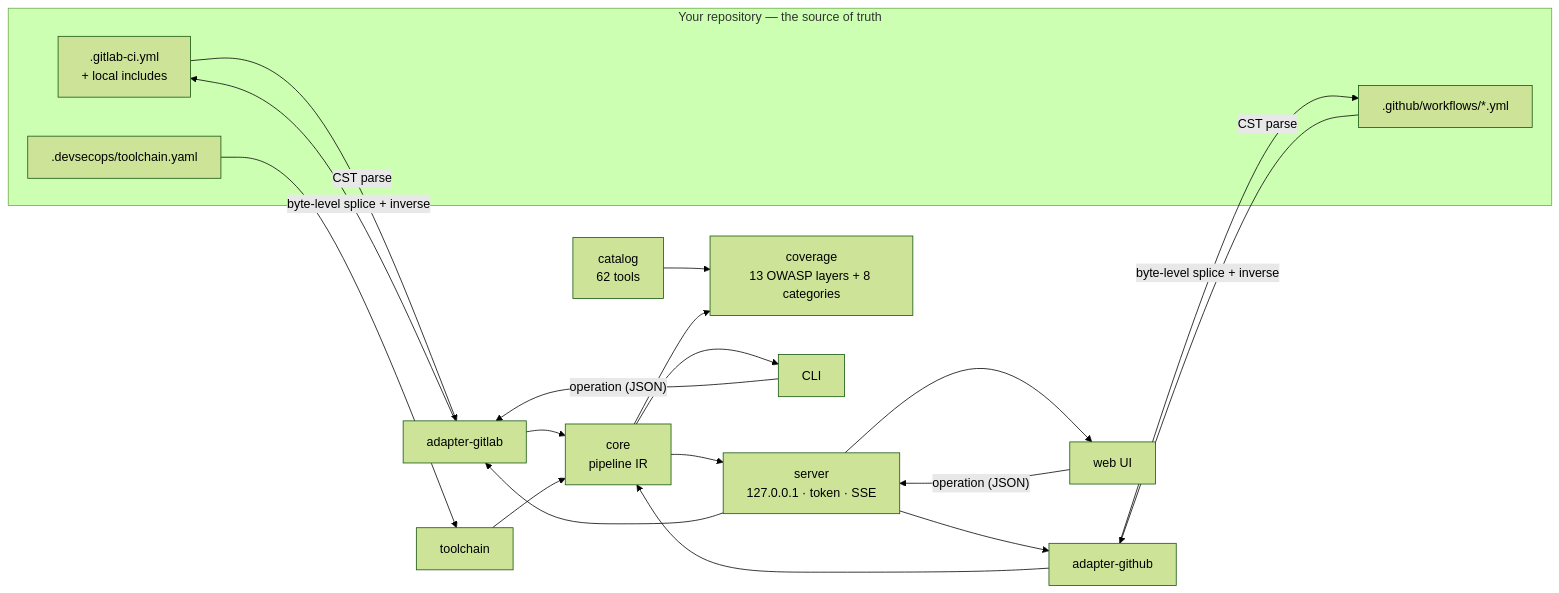
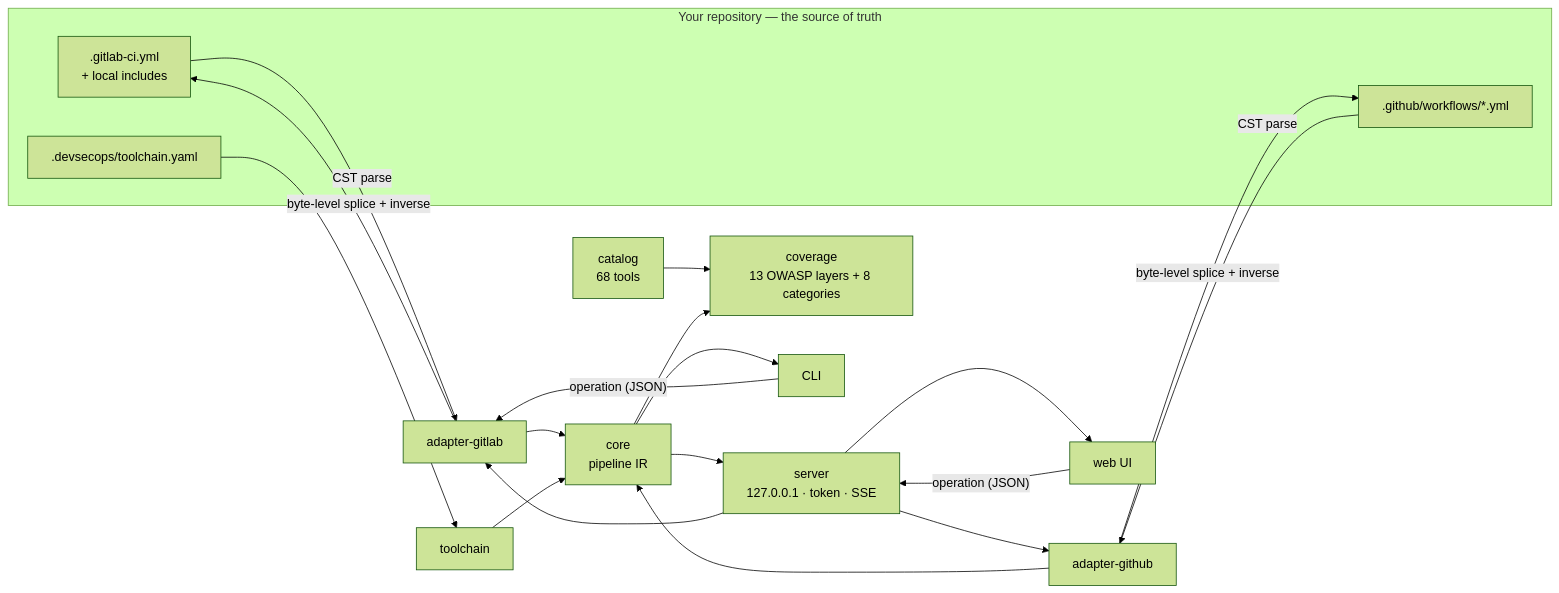
The diagram in README.md (khalidOuhmid/keelson), drawn with Mermaid (forest theme) before and after one commit. The commit also changed other lines of this file and 1 other file, not shown here.

First line of the commit message:
docs: the catalogue holds 68 tools

````diff
--- a/README.md
+++ b/README.md
@@ -185,22 +185,22 @@
 ```mermaid
 flowchart LR
   subgraph repo["Your repository — the source of truth"]
     gl[".gitlab-ci.yml<br/>+ local includes"]
     gh[".github/workflows/*.yml"]
     tc[".devsecops/toolchain.yaml"]
   end
   gl -- "CST parse" --> agl["adapter-gitlab"]
   gh -- "CST parse" --> agh["adapter-github"]
   agl --> ir["core<br/>pipeline IR"]
   agh --> ir
   tc --> tcp["toolchain"] --> ir
-  cat["catalog<br/>62 tools"] --> cov["coverage<br/>13 OWASP layers + 8 categories"]
+  cat["catalog<br/>68 tools"] --> cov["coverage<br/>13 OWASP layers + 8 categories"]
   ir --> cov
   ir --> srv["server<br/>127.0.0.1 · token · SSE"] --> ui["web UI"]
   ir --> cli["CLI"]
   ui -- "operation (JSON)" --> srv
   srv --> agl & agh
   cli -- "operation (JSON)" --> agl
   agl -- "byte-level splice + inverse" --> gl
   agh -- "byte-level splice + inverse" --> gh
 ```
````
